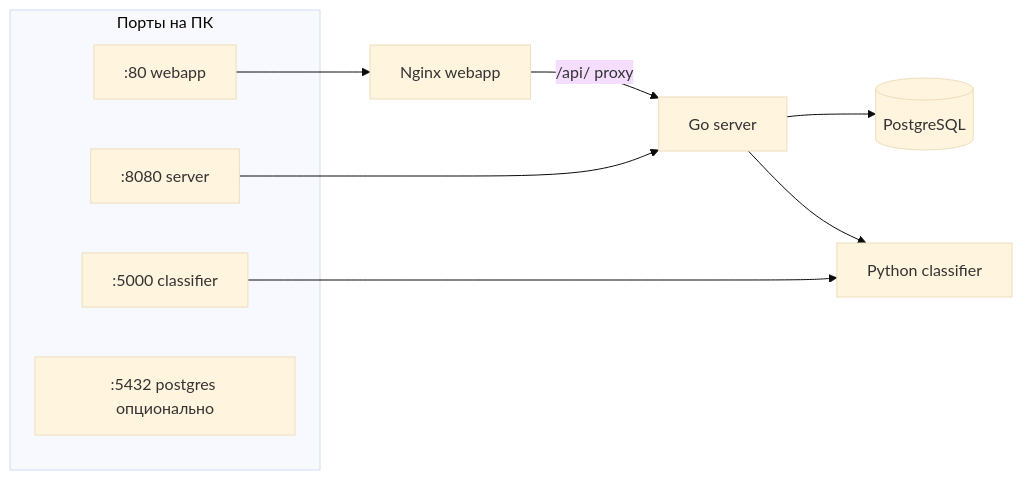
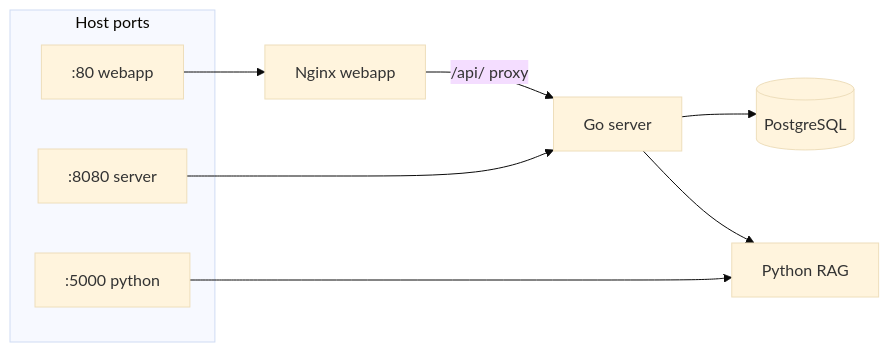
The diagram in docs/knowledge-base/docker-overview.md (kantik001/grounded-llm), drawn with Mermaid (base theme) before and after one commit. The commit also changed other lines of this file and 31 other files, not shown here.

````diff
--- a/docs/knowledge-base/docker-overview.md
+++ b/docs/knowledge-base/docker-overview.md
@@ -10,20 +10,19 @@
 ```mermaid
 flowchart LR
-    subgraph host [Порты на ПК]
+    subgraph host [Host ports]
         P80[":80 webapp"]
         P8080[":8080 server"]
-        P5000[":5000 classifier"]
-        P5432[":5432 postgres опционально"]
+        P5000[":5000 python"]
     end
     webapp[Nginx webapp]
     server[Go server]
-    classifier[Python classifier]
+    python[Python RAG]
     db[(PostgreSQL)]
 
     P80 --> webapp
     webapp -->|/api/ proxy| server
     P8080 --> server
     server --> db
-    server --> classifier
-    P5000 --> classifier
+    server --> python
+    P5000 --> python
 ```
````
